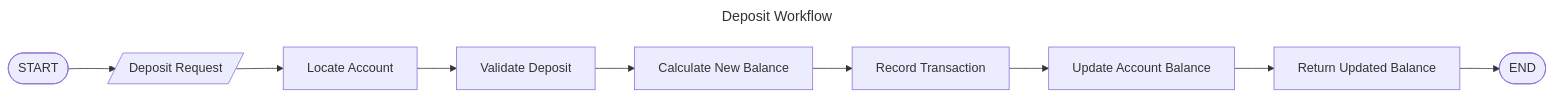
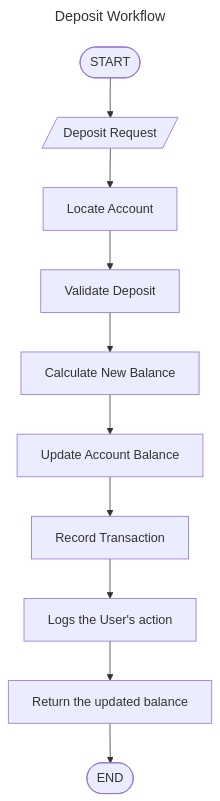
The diagram in docs/Flowchart/deposit.md (Jherson-Aguto/BankingSystem), drawn with Mermaid before and after one commit. The commit also changed 2 other files, not shown here.

Commit message:
updated flowchart

````diff
--- a/docs/Flowchart/deposit.md
+++ b/docs/Flowchart/deposit.md
@@ -1,14 +1,15 @@
 ```mermaid
 ---
 title: Deposit Workflow
 ---
-flowchart LR
+flowchart TD
     A([START]) --> B[/Deposit Request/]
     B --> C[Locate Account]
     C --> D[Validate Deposit]
     D --> E[Calculate New Balance]
-    E --> F[Record Transaction]
-    F --> G[Update Account Balance]
-    G --> H[Return Updated Balance]
-    H --> I([END])
+    E --> F[Update Account Balance]
+    F --> G[Record Transaction]
+    G --> H[Logs the User's action]
+    H --> I[Return the updated balance]
+    I --> J([END])
 ```
````
